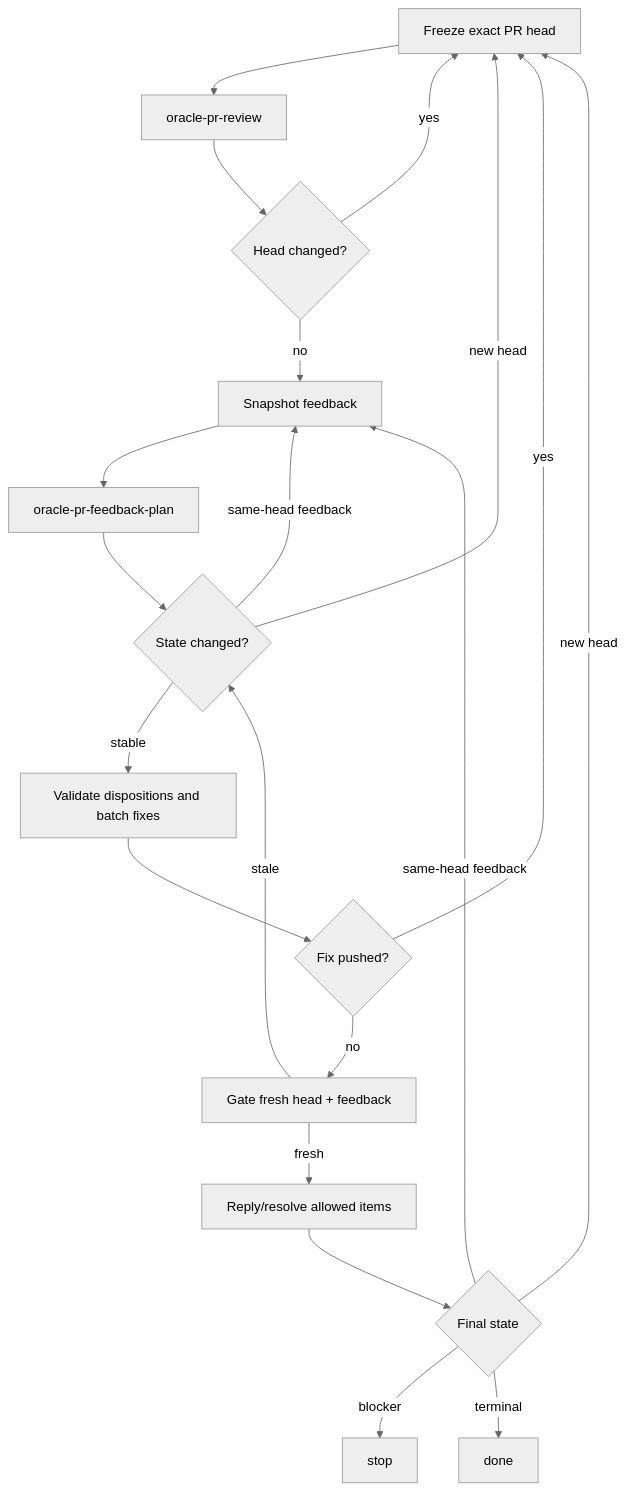
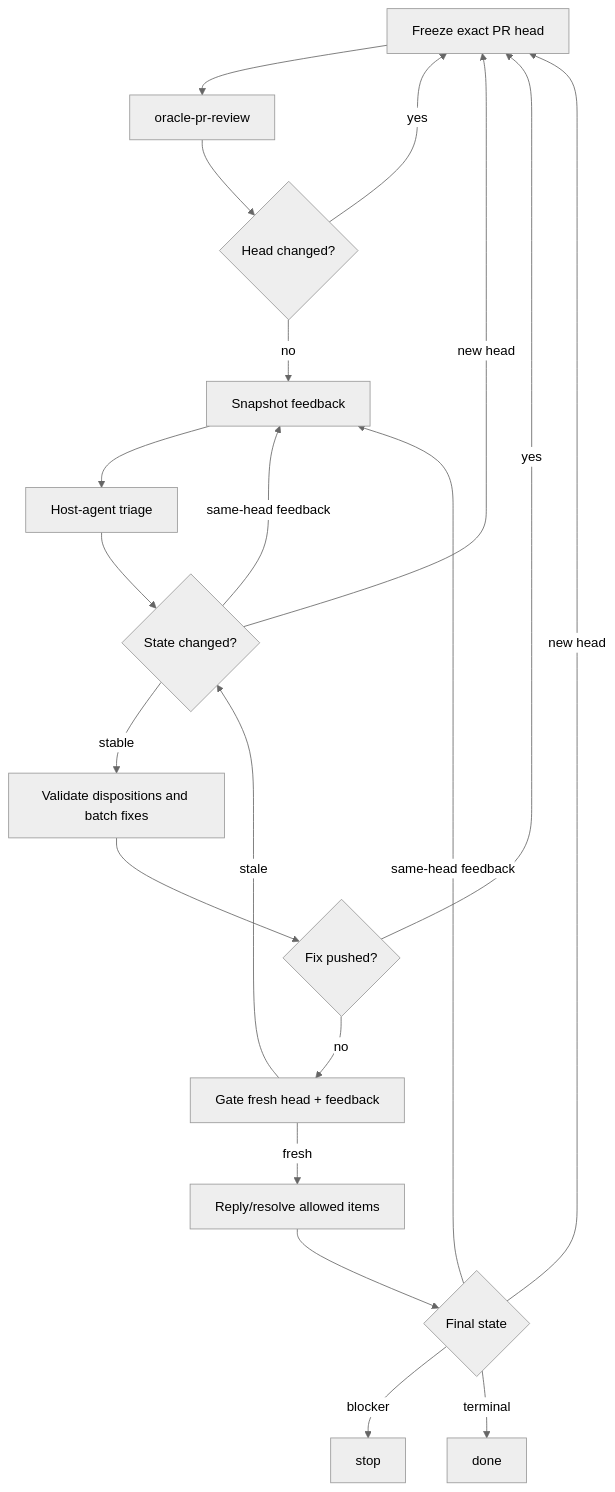
The diagram in skills/oracle-pr-loop/SKILL.md (dceoy/loopr), drawn with Mermaid (neutral theme) before and after one commit. The commit also changed other lines of this file and 1 other file, not shown here.

First line of the commit message:
Remove Oracle feedback triage from loop critical path (#110)

````diff
--- a/skills/oracle-pr-loop/SKILL.md
+++ b/skills/oracle-pr-loop/SKILL.md
@@ -66,22 +65,22 @@
 ```mermaid
 flowchart TD
   A[Freeze exact PR head] --> B[oracle-pr-review]
   B --> C{Head changed?}
   C -->|yes| A
   C -->|no| D[Snapshot feedback]
-  D --> E[oracle-pr-feedback-plan]
+  D --> E[Host-agent triage]
   E --> F{State changed?}
   F -->|new head| A
   F -->|same-head feedback| D
   F -->|stable| G[Validate dispositions and batch fixes]
   G --> H{Fix pushed?}
   H -->|yes| A
   H -->|no| I[Gate fresh head + feedback]
   I -->|stale| F
   I -->|fresh| J[Reply/resolve allowed items]
   J --> K{Final state}
   K -->|new head| A
   K -->|same-head feedback| D
   K -->|blocker| L[stop]
   K -->|terminal| M[done]
 ```
````
